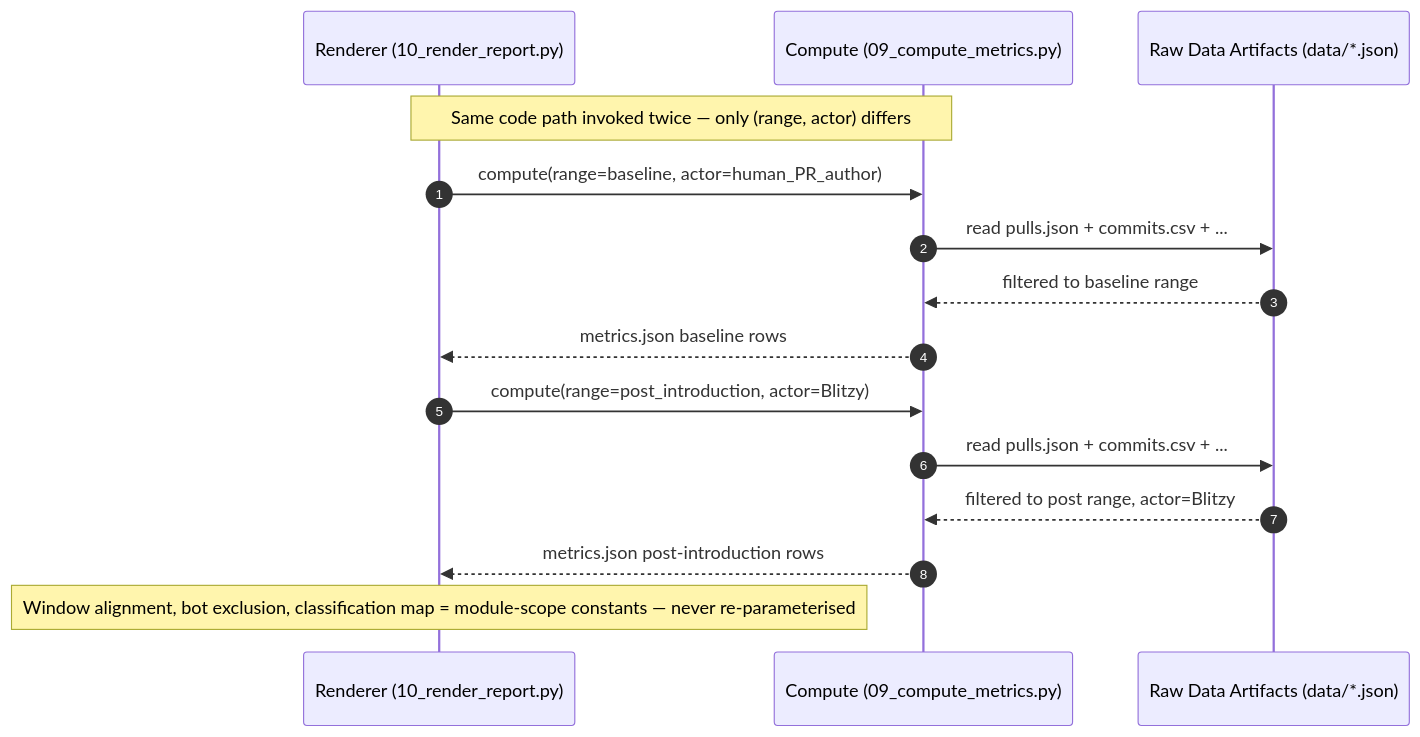
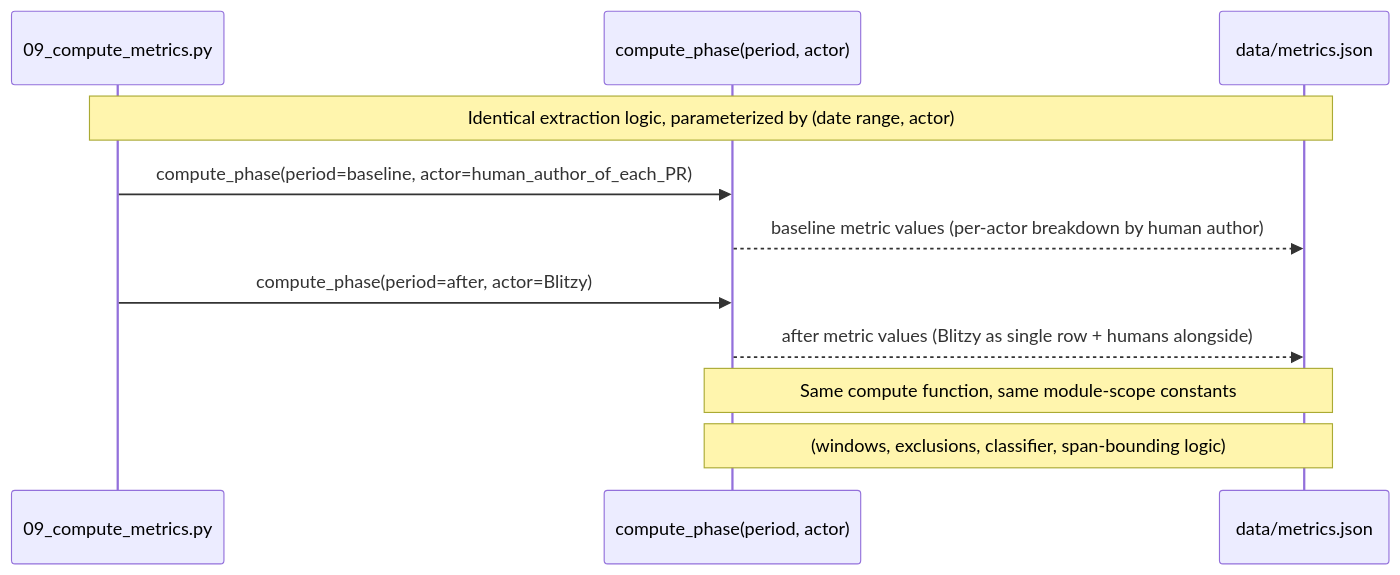
One commit to Blitzy-Sandbox/blitzy-RudderStack changed the second of 4 diagrams in blitzy/acceleration-report/acceleration-report.md. Above: the diagram before and after it, drawn with Mermaid. The commit also changed other lines of this file and 2 other files, not shown here.

````diff
--- a/blitzy/acceleration-report/acceleration-report.md
+++ b/blitzy/acceleration-report/acceleration-report.md
@@ -215,21 +212,26 @@
 ```mermaid
+%% Title: Engineering Actor Substitution: Baseline = Human Author; After = Blitzy
+%% Legend:
+%%   Shows the same compute function called twice with different (period, actor) parameters.
+%%   This is the mechanical guarantee of identical methodology required by the user prompt:
+%%     "MUST use identical methodology for before and after periods —
+%%      same window alignment, same extraction logic, different date range."
+%%   The only differences between baseline and after extraction are:
+%%     1. period (the date range)
+%%     2. actor (the engineering actor parameter — human author of each PR in baseline;
+%%        Blitzy in after)
+%%   All other inputs (window alignment, bot exclusion list, classifier order,
+%%   span-bounding logic) are module-scope CONSTANTS and cannot diverge between periods.
+%%   See AAP §0.5.6 and decision-log.md DL-012 for the rationale.
 sequenceDiagram
-    autonumber
-    participant R as Renderer (10_render_report.py)
-    participant C as Compute (09_compute_metrics.py)
-    participant D as Raw Data Artifacts (data/*.json)
-
-    Note over R,C: Same code path invoked twice — only (range, actor) differs
-
-    R->>C: compute(range=baseline, actor=human_PR_author)
-    C->>D: read pulls.json + commits.csv + ...
-    D-->>C: filtered to baseline range
-    C-->>R: metrics.json baseline rows
-
-    R->>C: compute(range=post_introduction, actor=Blitzy)
-    C->>D: read pulls.json + commits.csv + ...
-    D-->>C: filtered to post range, actor=Blitzy
-    C-->>R: metrics.json post-introduction rows
-
-    Note over R: Window alignment, bot exclusion, classification map = module-scope constants — never re-parameterised
+    participant Pipeline as 09_compute_metrics.py
+    participant Compute as compute_phase(period, actor)
+    participant Data as data/metrics.json
+    Note over Pipeline,Data: Identical extraction logic, parameterized by (date range, actor)
+    Pipeline->>Compute: compute_phase(period=baseline, actor=human_author_of_each_PR)
+    Compute-->>Data: baseline metric values (per-actor breakdown by human author)
+    Pipeline->>Compute: compute_phase(period=after, actor=Blitzy)
+    Compute-->>Data: after metric values (Blitzy as single row + humans alongside)
+    Note over Compute,Data: Same compute function, same module-scope constants
+    Note over Compute,Data: (windows, exclusions, classifier, span-bounding logic)
 ```
````
